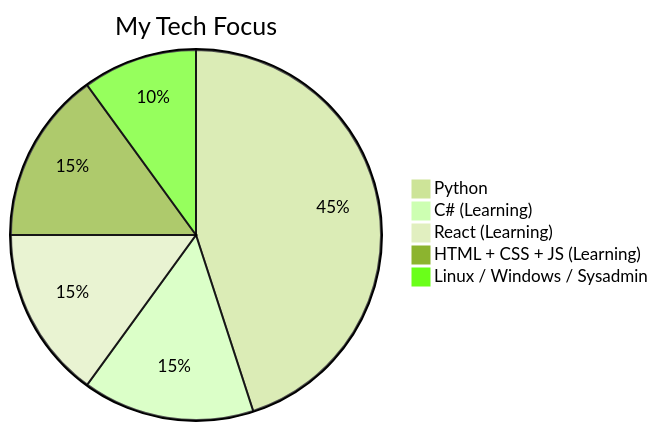
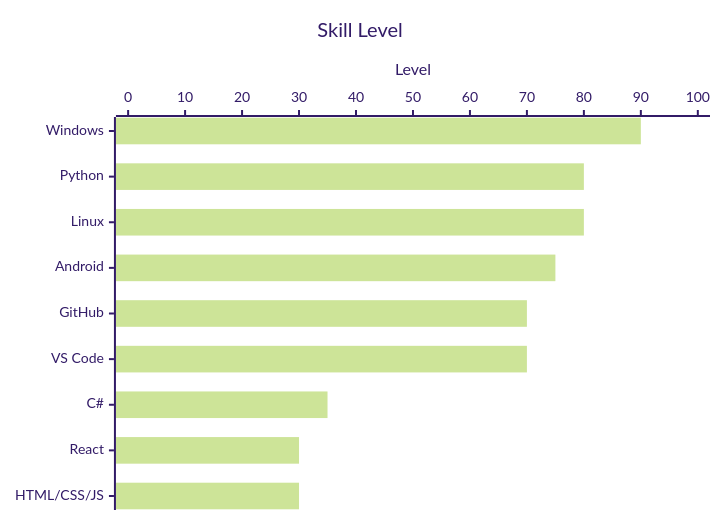
The diagram in README.md (SAMZalaf/SAMZalaf), drawn with Mermaid (forest theme) before and after one commit. The commit also changed other lines of this file, not shown here.

````diff
--- a/README.md
+++ b/README.md
@@ -66,8 +90,7 @@
 ```mermaid
-pie title My Tech Focus
-    "Python" : 45
-    "C# (Learning)" : 15
-    "React (Learning)" : 15
-    "HTML + CSS + JS (Learning)" : 15
-    "Linux / Windows / Sysadmin" : 10
+xychart-beta horizontal
+    title "Skill Level"
+    x-axis ["Windows", "Python", "Linux", "Android", "GitHub", "VS Code", "C#", "React", "HTML/CSS/JS"]
+    y-axis "Level" 0 --> 100
+    bar [90, 80, 80, 75, 70, 70, 35, 30, 30]
 ```
````
